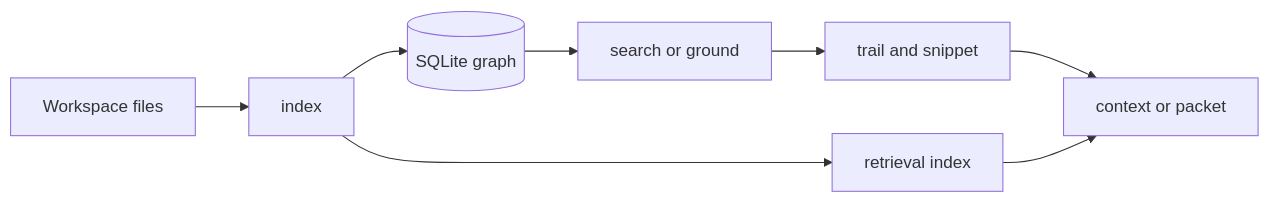
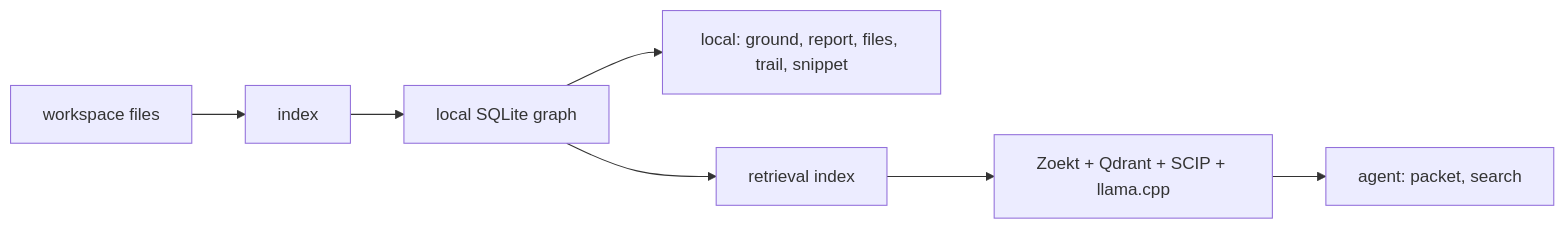
Before and after one commit to TheGreenCedar/CodeStory: the diagram in README.md, drawn with Mermaid. The commit also changed other lines of this file and 8 other files, not shown here.

````diff
--- a/README.md
+++ b/README.md
@@ -31,10 +30,9 @@
 ```mermaid
 flowchart LR
-    repo[Workspace files] --> idx[index]
-    idx --> db[(SQLite graph)]
-    db --> q[search or ground]
-    q --> t[trail and snippet]
-    t --> out[context or packet]
-    idx --> side[retrieval index]
-    side --> out
+    Repo["workspace files"] --> Index["index"]
+    Index --> Store["local SQLite graph"]
+    Store --> Local["local: ground, report, files, trail, snippet"]
+    Store --> RetrievalIndex["retrieval index"]
+    RetrievalIndex --> Sidecars["Zoekt + Qdrant + SCIP + llama.cpp"]
+    Sidecars --> AgentSearch["agent: packet, search"]
 ```
````
